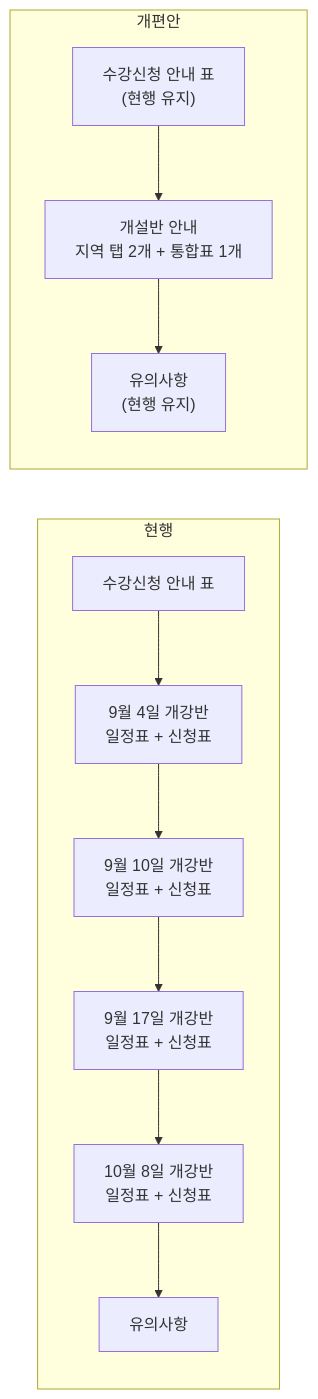
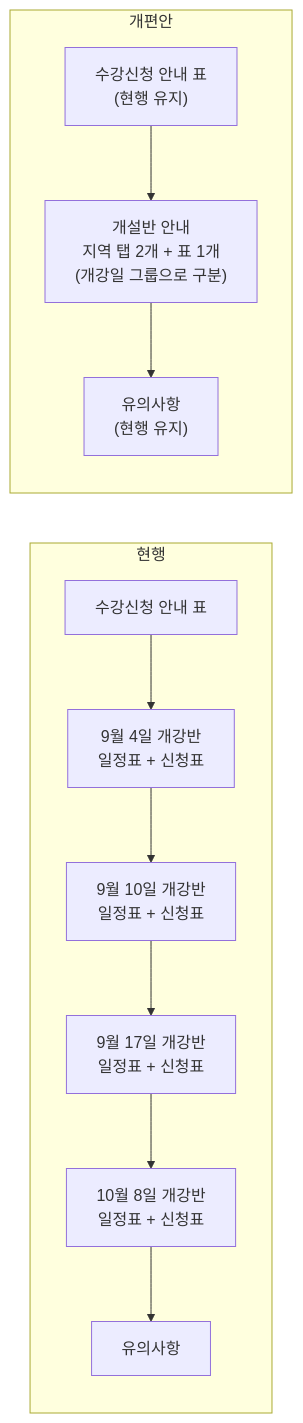
The first of 2 diagrams in docs/superpowers/specs/2026-08-20-사회복지현장실습-페이지-개편-design.md (juhuikim-baeoom/baeron-practice-page-redesign), drawn with Mermaid before and after one commit. The commit also changed other lines of this file and 3 other files, not shown here.

First line of the commit message:
feat: 탭 안을 개강일 그룹으로 구분하고 공통 정보를 그룹 머리로 이동

````diff
--- a/docs/superpowers/specs/2026-08-20-사회복지현장실습-페이지-개편-design.md
+++ b/docs/superpowers/specs/2026-08-20-사회복지현장실습-페이지-개편-design.md
@@ -133,14 +149,14 @@
 ```mermaid
 flowchart LR
     subgraph AS["현행"]
         A1["수강신청 안내 표"] --> A2["9월 4일 개강반<br/>일정표 + 신청표"]
         A2 --> A3["9월 10일 개강반<br/>일정표 + 신청표"]
         A3 --> A4["9월 17일 개강반<br/>일정표 + 신청표"]
         A4 --> A5["10월 8일 개강반<br/>일정표 + 신청표"]
         A5 --> A6["유의사항"]
     end
     subgraph BS["개편안"]
-        B1["수강신청 안내 표<br/>(현행 유지)"] --> B2["개설반 안내<br/>지역 탭 2개 + 통합표 1개"]
+        B1["수강신청 안내 표<br/>(현행 유지)"] --> B2["개설반 안내<br/>지역 탭 2개 + 표 1개<br/>(개강일 그룹으로 구분)"]
         B2 --> B3["유의사항<br/>(현행 유지)"]
     end
 ```
````
